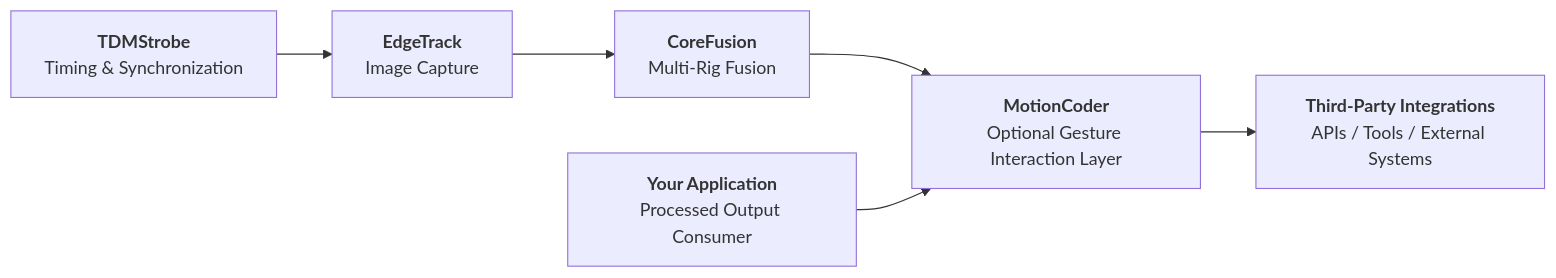
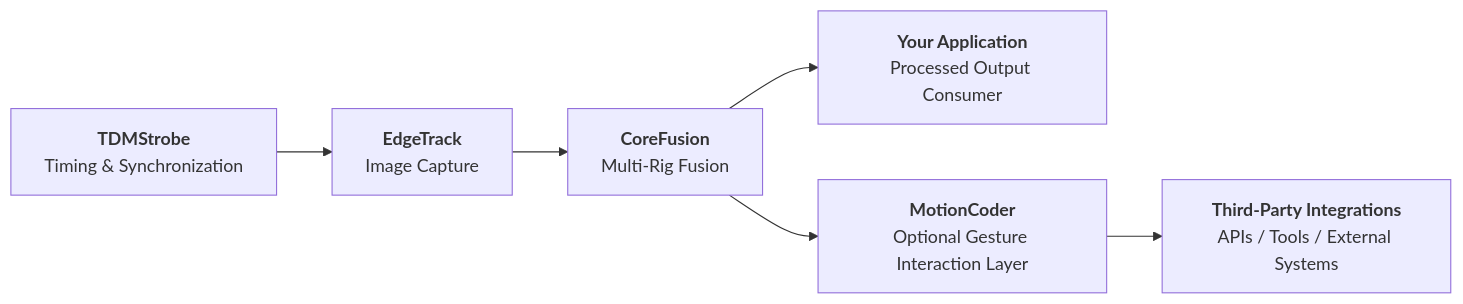
The first of 4 diagrams in README.md (edgetrackorg/overview), drawn with Mermaid before and after one commit.

````diff
--- a/README.md
+++ b/README.md
@@ -53,15 +53,15 @@
 ```mermaid
 flowchart LR
     A[<strong>TDMStrobe</strong><br/>Timing & Synchronization]
     B[<strong>EdgeTrack</strong><br/>Image Capture]
     C[<strong>CoreFusion</strong><br/>Multi-Rig Fusion]
     D[<strong>Your Application</strong><br/>Processed Output Consumer]
     E[<strong>MotionCoder</strong><br/>Optional Gesture Interaction Layer]
     F[<strong>Third-Party Integrations</strong><br/>APIs / Tools / External Systems]
 
     A --> B
     B --> C
     C --> E
-    D --> E
+    C --> D
     E --> F
 ```
````
